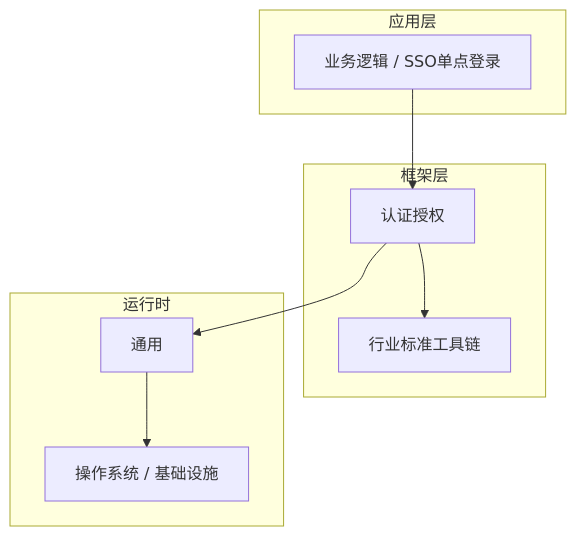
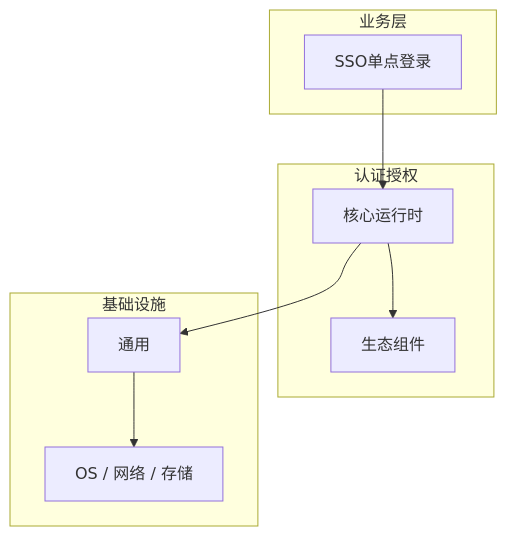
One commit to yanggan2015/knowledge-json-v2 changed the diagram in articles/认证授权/chapters/036-SSO单点登录核心概念与原理.md. Above: the diagram before and after it, drawn with Mermaid. The commit also changed other lines of this file and 10127 other files, not shown here.

````diff
--- a/articles/认证授权/chapters/036-SSO单点登录核心概念与原理.md
+++ b/articles/认证授权/chapters/036-SSO单点登录核心概念与原理.md
@@ -45,18 +34,18 @@
 ```mermaid
 graph TB
-    subgraph 应用层
-        A[业务逻辑 / SSO单点登录]
+    subgraph 业务层
+        A[SSO单点登录]
     end
-    subgraph 框架层
-        B[认证授权]
-        C[行业标准工具链]
+    subgraph 认证授权
+        B[核心运行时]
+        C[生态组件]
     end
-    subgraph 运行时
+    subgraph 基础设施
         D[通用]
-        E[操作系统 / 基础设施]
+        E[OS / 网络 / 存储]
     end
     A --> B
     B --> C
     B --> D
     D --> E
 ```
````
